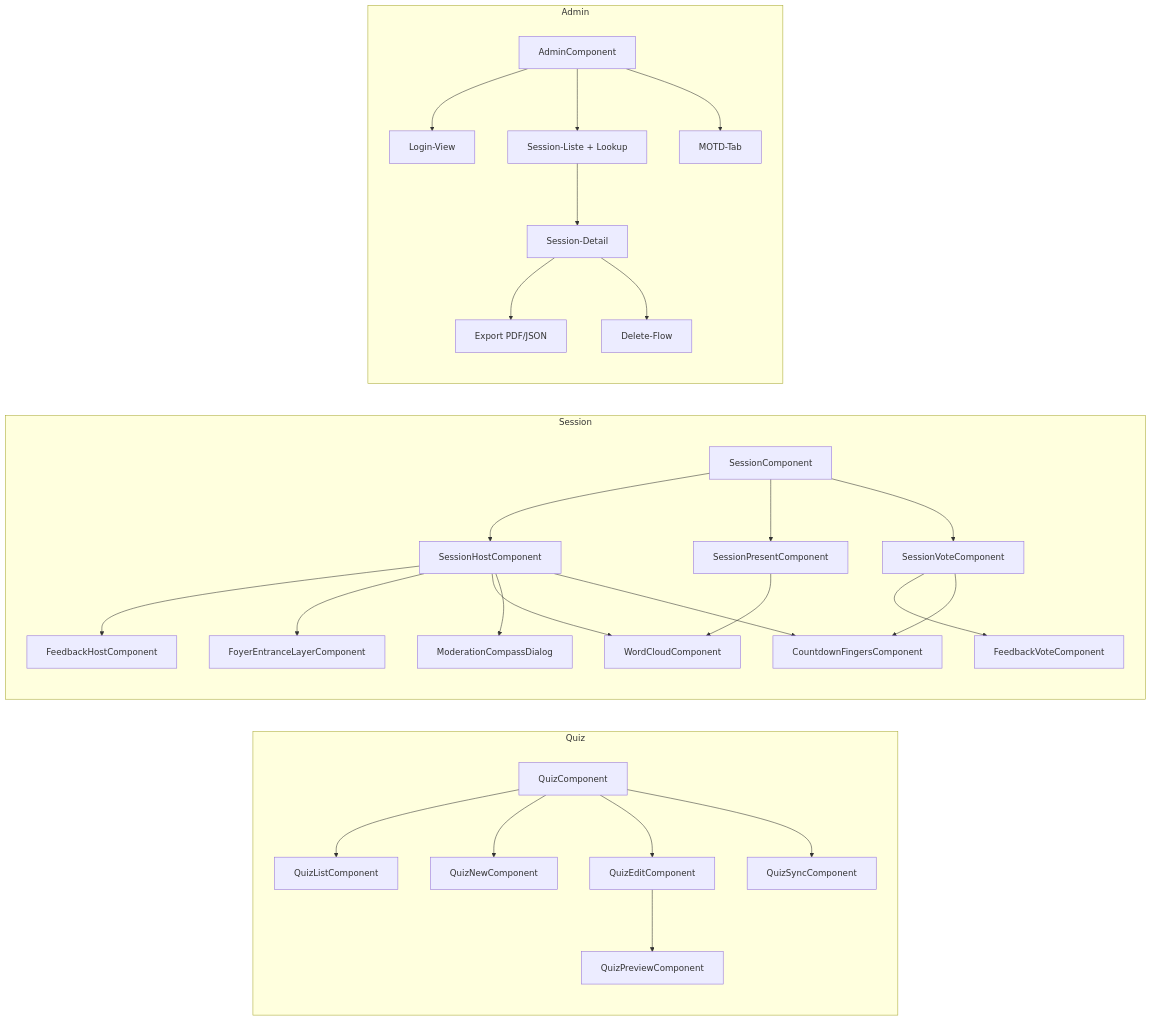
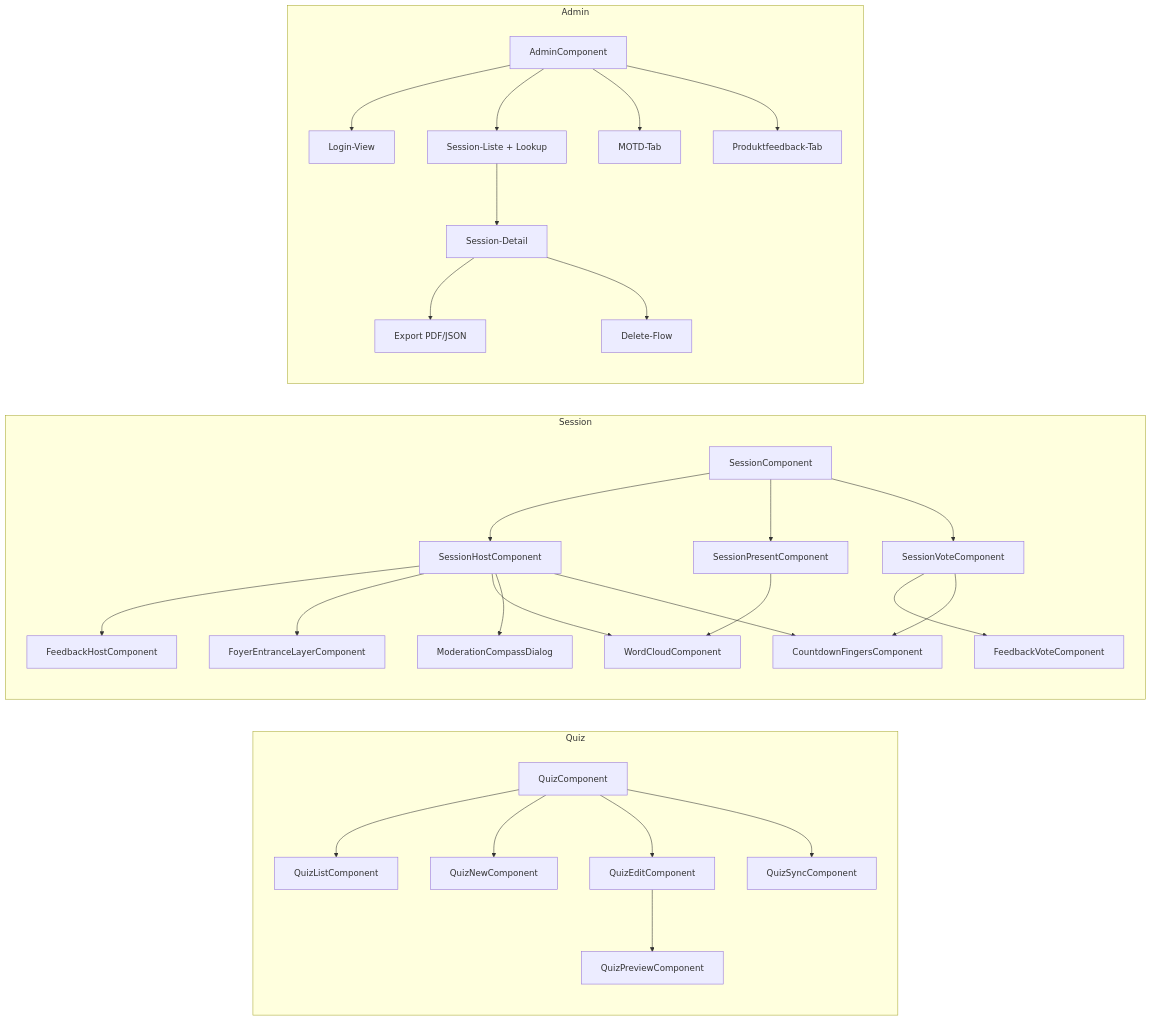
One commit to kqc-real/arsnova.eu changed the seventh of 15 diagrams in docs/diagrams/architecture-overview.md. Above: the diagram before and after it, drawn with Mermaid. The commit also changed other lines of this file and 18 other files, not shown here.

````diff
--- a/docs/diagrams/architecture-overview.md
+++ b/docs/diagrams/architecture-overview.md
@@ -313,57 +328,59 @@
 ```mermaid
 %%{init: {'flowchart': {'curve': 'basis', 'nodeSpacing': 60, 'rankSpacing': 90, 'padding': 18}}}%%
 graph LR
     subgraph "Quiz"
         QSHELL[QuizComponent]
         QLIST[QuizListComponent]
         QNEW[QuizNewComponent]
         QEDIT[QuizEditComponent]
         PREVIEW[QuizPreviewComponent]
         QSYNC[QuizSyncComponent]
         QSHELL --> QLIST
         QSHELL --> QNEW
         QSHELL --> QEDIT
         QEDIT --> PREVIEW
         QSHELL --> QSYNC
     end
 
     subgraph "Session"
         SROOT[SessionComponent]
         SHOST[SessionHostComponent]
         SPRESENT[SessionPresentComponent]
         SVOTE[SessionVoteComponent]
         FBHOST[FeedbackHostComponent]
         FBVOTE[FeedbackVoteComponent]
         WCLOUD[WordCloudComponent]
         COMPASS[ModerationCompassDialog]
         FOYER[FoyerEntranceLayerComponent]
         COUNTDOWN[CountdownFingersComponent]
         SROOT --> SHOST
         SROOT --> SPRESENT
         SROOT --> SVOTE
         SHOST --> FBHOST
         SVOTE --> FBVOTE
         SHOST --> FOYER
         SHOST --> WCLOUD
         SHOST --> COMPASS
         SPRESENT --> WCLOUD
         SHOST --> COUNTDOWN
         SVOTE --> COUNTDOWN
     end
 
     subgraph "Admin"
         AROOT[AdminComponent]
         ALOGIN[Login-View]
         ALIST[Session-Liste + Lookup]
         ADETAIL[Session-Detail]
         AEXPORT[Export PDF/JSON]
         ADELETE[Delete-Flow]
         AMOTD[MOTD-Tab]
+        APF[Produktfeedback-Tab]
         AROOT --> ALOGIN
         AROOT --> ALIST
         ALIST --> ADETAIL
         ADETAIL --> AEXPORT
         ADETAIL --> ADELETE
         AROOT --> AMOTD
+        AROOT --> APF
     end
 ```
````
